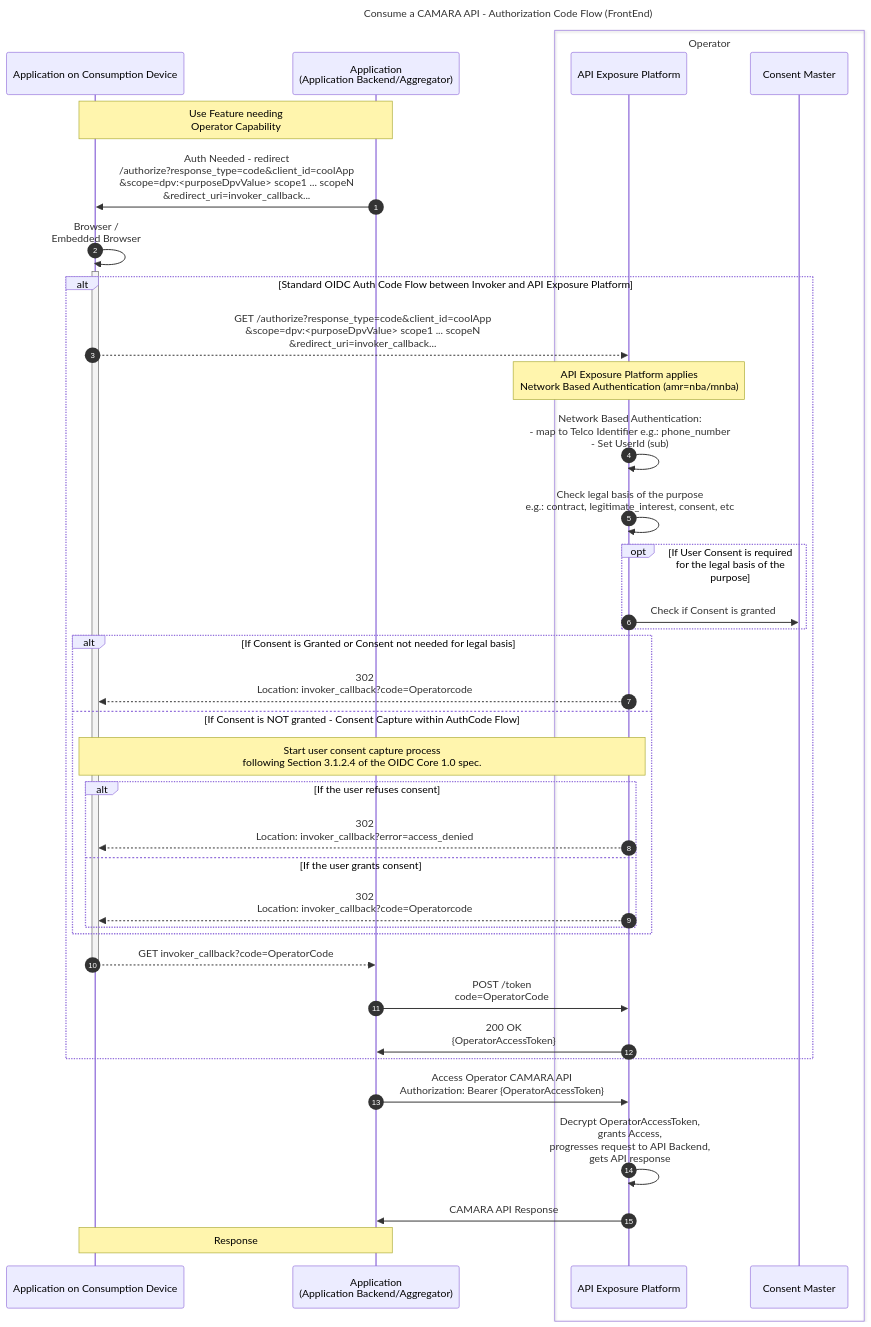
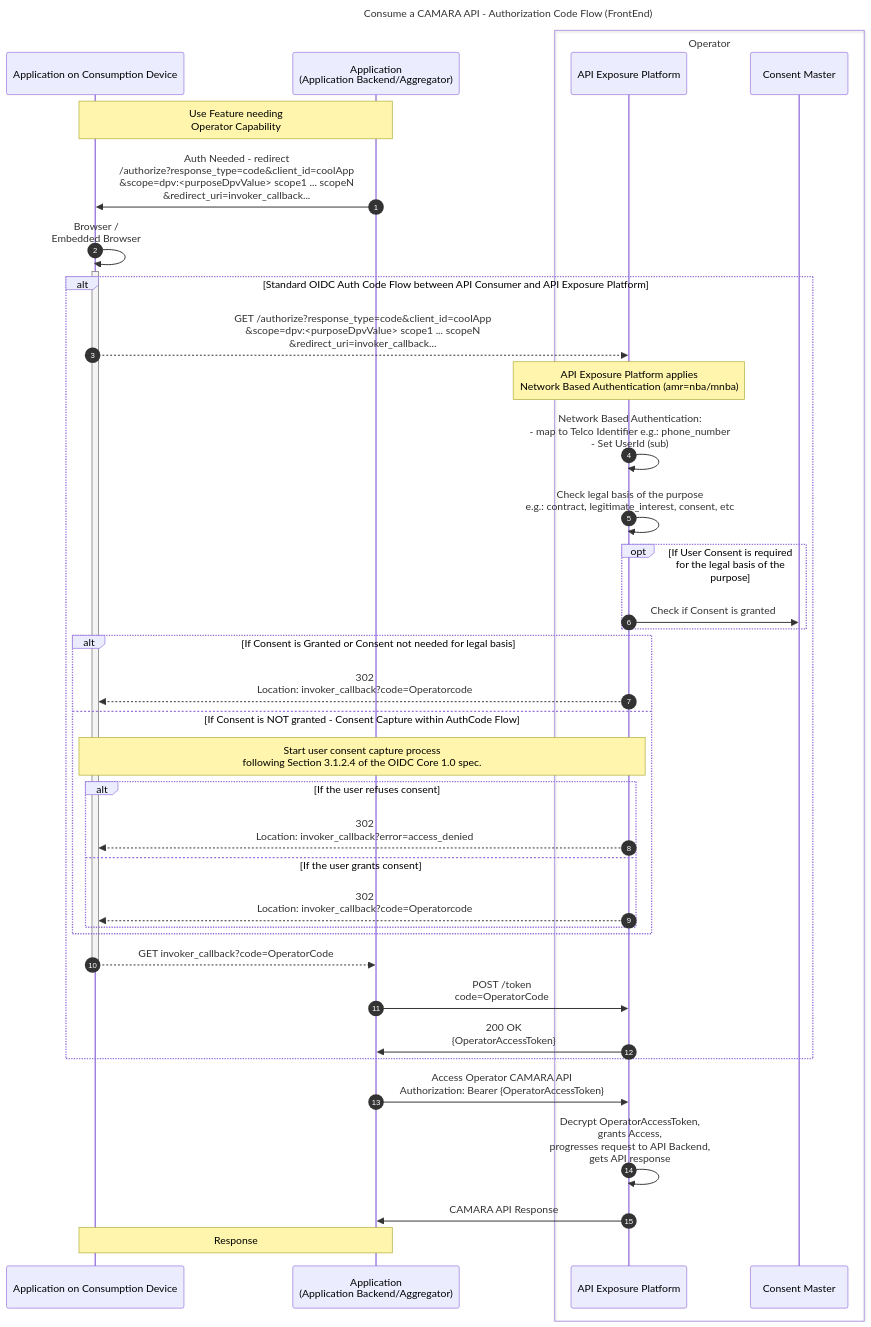
Before and after one commit to camaraproject/IdentityAndConsentManagement: the first of 2 diagrams in documentation/CAMARA-API-access-and-user-consent.md, drawn with Mermaid. The commit also changed other lines of this file, not shown here.

Commit message:
Invoker -> API Consumer

````diff
--- a/documentation/CAMARA-API-access-and-user-consent.md
+++ b/documentation/CAMARA-API-access-and-user-consent.md
@@ -107,42 +107,42 @@
 ```mermaid
 sequenceDiagram
 autonumber
 title Consume a CAMARA API - Authorization Code Flow (FrontEnd)
 participant FE as Application on Consumption Device
 participant BE as Application<br>(Application Backend/Aggregator)
 box Operator
   participant ExpO as API Exposure Platform
   participant Consent as Consent Master
 end
 
 Note over FE,BE: Use Feature needing<br>Operator Capability  
 BE->>FE: Auth Needed - redirect <br>/authorize?response_type=code&client_id=coolApp<br>&scope=dpv:<purposeDpvValue> scope1 ... scopeN<br>&redirect_uri=invoker_callback...
 FE->>+FE: Browser /<br> Embedded Browser
-alt Standard OIDC Auth Code Flow between Invoker and API Exposure Platform
+alt Standard OIDC Auth Code Flow between API Consumer and API Exposure Platform
   FE-->>ExpO: GET /authorize?response_type=code&client_id=coolApp<br>&scope=dpv:<purposeDpvValue> scope1 ... scopeN<br>&redirect_uri=invoker_callback...
   Note over ExpO: API Exposure Platform applies<br>Network Based Authentication (amr=nba/mnba)
   ExpO->>ExpO: Network Based Authentication:<br>- map to Telco Identifier e.g.: phone_number<br>- Set UserId (sub)  
   ExpO->>ExpO: Check legal basis of the purpose<br> e.g.: contract, legitimate_interest, consent, etc 
   opt If User Consent is required for the legal basis of the purpose  
     ExpO->>Consent: Check if Consent is granted    
   end  
   alt If Consent is Granted or Consent not needed for legal basis   
     ExpO-->>FE: 302<br>Location: invoker_callback?code=Operatorcode
   else If Consent is NOT granted - Consent Capture within AuthCode Flow  
     Note over FE,ExpO: Start user consent capture process<br>following Section 3.1.2.4 of the OIDC Core 1.0 spec.    
     alt If the user refuses consent
       ExpO-->>FE: 302<br>Location: invoker_callback?error=access_denied
     else If the user grants consent
       ExpO-->>FE: 302<br>Location: invoker_callback?code=Operatorcode
     end
   end
   FE-->>-BE: GET invoker_callback?code=OperatorCode
   BE->>ExpO: POST /token<br> code=OperatorCode
   ExpO->>BE: 200 OK <br> {OperatorAccessToken}
 end
 
 BE->>ExpO: Access Operator CAMARA API <br> Authorization: Bearer {OperatorAccessToken}        
 ExpO->>ExpO: Decrypt OperatorAccessToken,<br>grants Access,<br>progresses request to API Backend,<br>gets API response  
 ExpO->>BE: CAMARA API Response
 Note over BE,FE: Response
 ```
````
